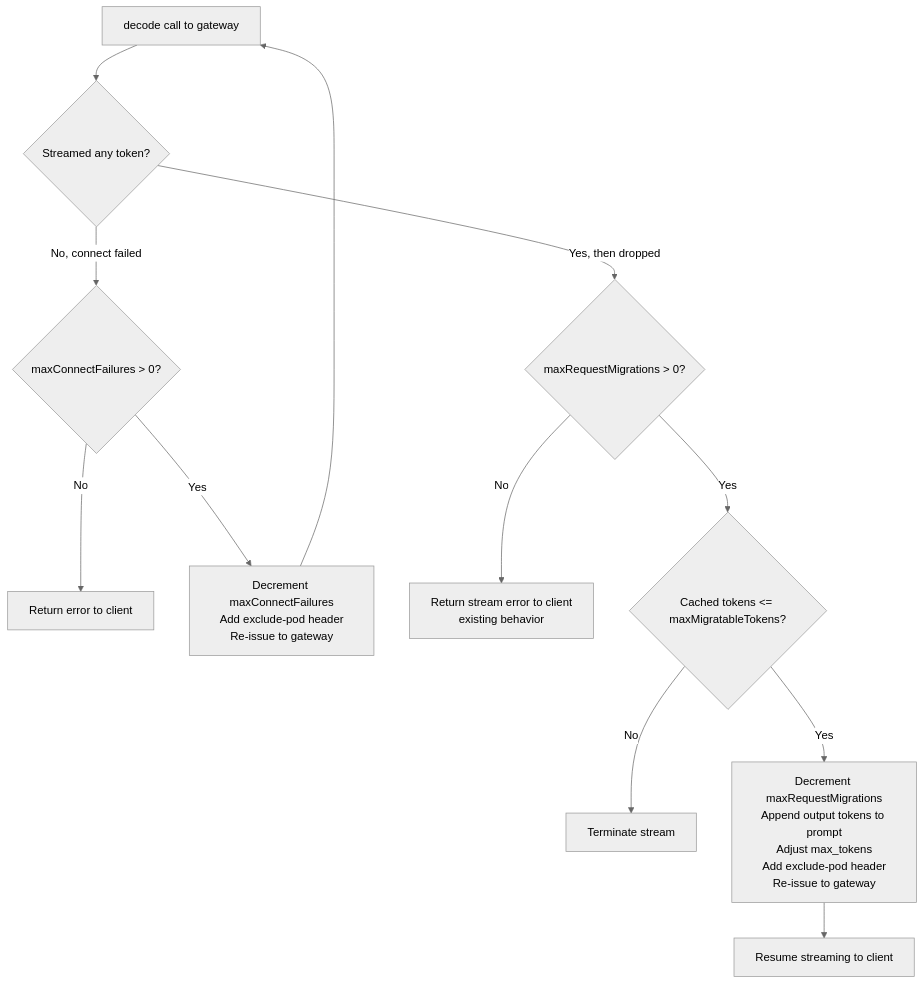
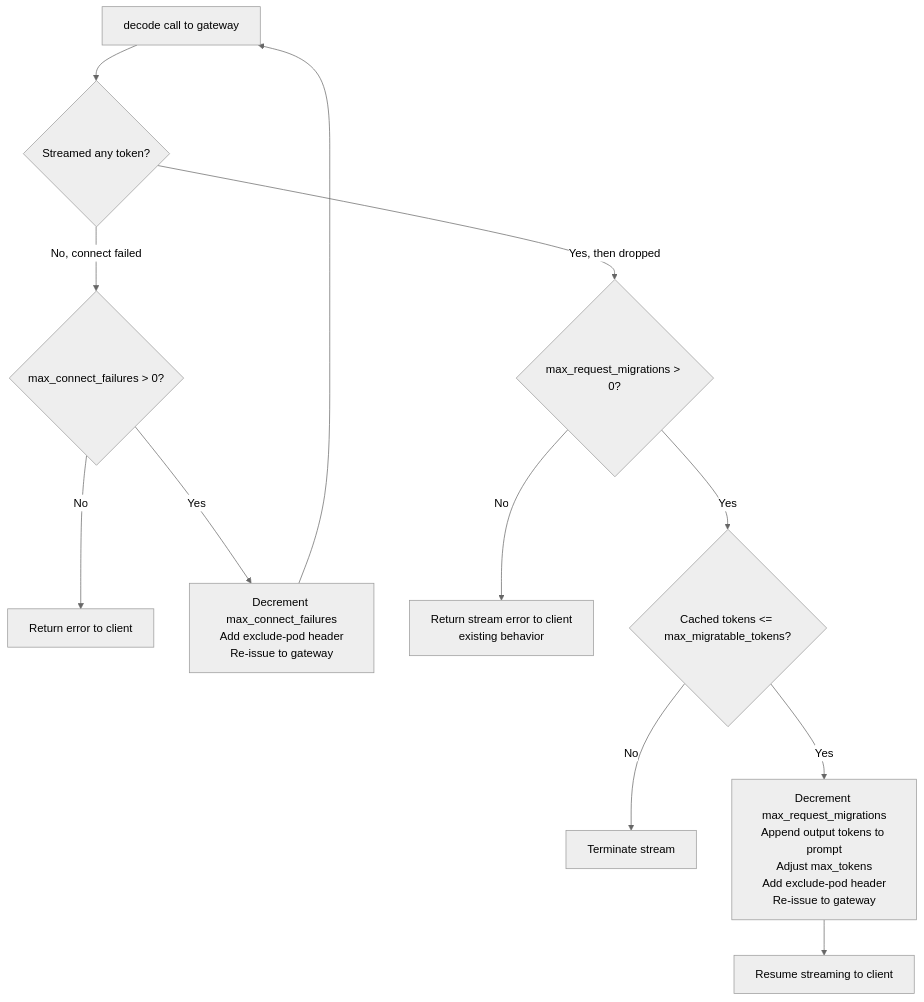
Before and after one commit to jtechapps/llm-d-router: the second of 5 diagrams in docs/active_request_migration.md, drawn with Mermaid (neutral theme). The commit also changed other lines of this file and 14 other files, not shown here.

````diff
--- a/docs/active_request_migration.md
+++ b/docs/active_request_migration.md
@@ -125,14 +125,14 @@
 ```mermaid
 flowchart TD
     Start[decode call to gateway] --> Q1{Streamed any token?}
-    Q1 -->|No, connect failed| C1{maxConnectFailures > 0?}
+    Q1 -->|No, connect failed| C1{max_connect_failures > 0?}
     C1 -->|No| Err1[Return error to client]
-    C1 -->|Yes| C2[Decrement maxConnectFailures<br/>Add exclude-pod header<br/>Re-issue to gateway]
+    C1 -->|Yes| C2[Decrement max_connect_failures<br/>Add exclude-pod header<br/>Re-issue to gateway]
     C2 --> Start
-    Q1 -->|Yes, then dropped| M1{maxRequestMigrations > 0?}
+    Q1 -->|Yes, then dropped| M1{max_request_migrations > 0?}
     M1 -->|No| Err2[Return stream error to client<br/>existing behavior]
-    M1 -->|Yes| M2{Cached tokens <= maxMigratableTokens?}
+    M1 -->|Yes| M2{Cached tokens <= max_migratable_tokens?}
     M2 -->|No| Err3[Terminate stream]
-    M2 -->|Yes| M3[Decrement maxRequestMigrations<br/>Append output tokens to prompt<br/>Adjust max_tokens<br/>Add exclude-pod header<br/>Re-issue to gateway]
+    M2 -->|Yes| M3[Decrement max_request_migrations<br/>Append output tokens to prompt<br/>Adjust max_tokens<br/>Add exclude-pod header<br/>Re-issue to gateway]
     M3 --> Resume[Resume streaming to client]
 ```
````
